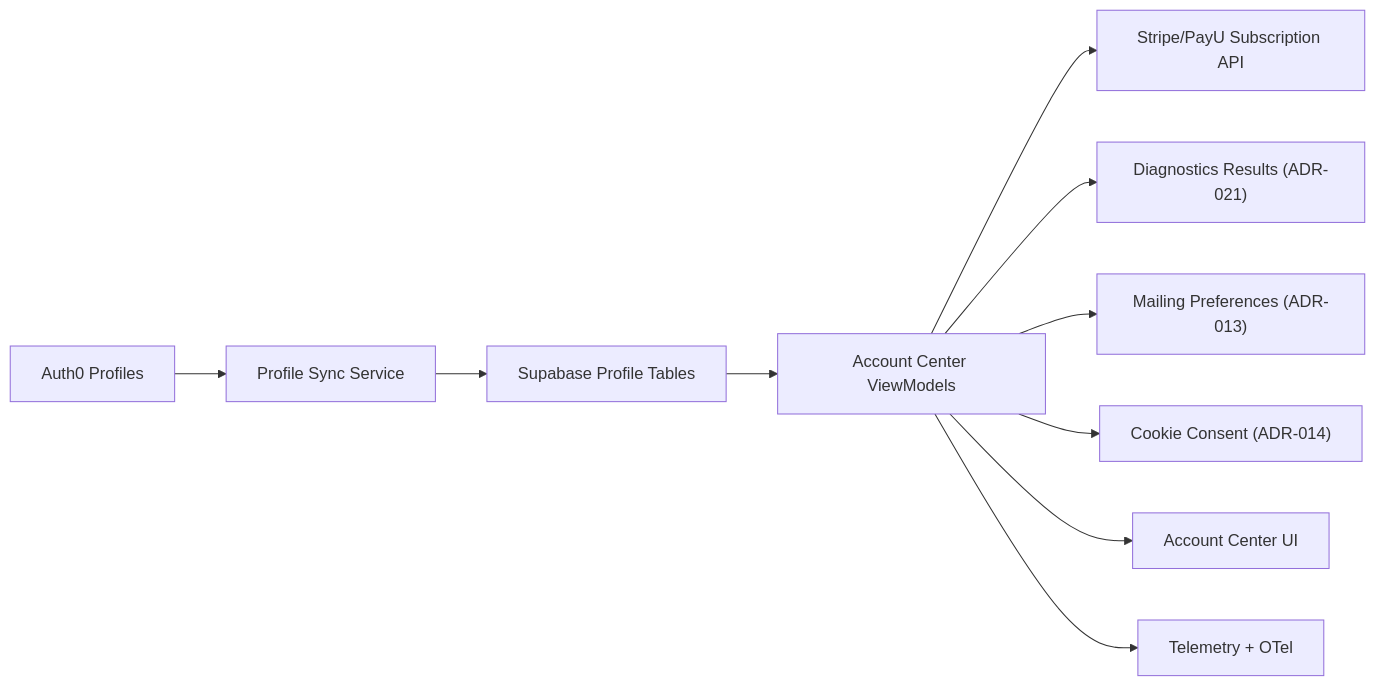
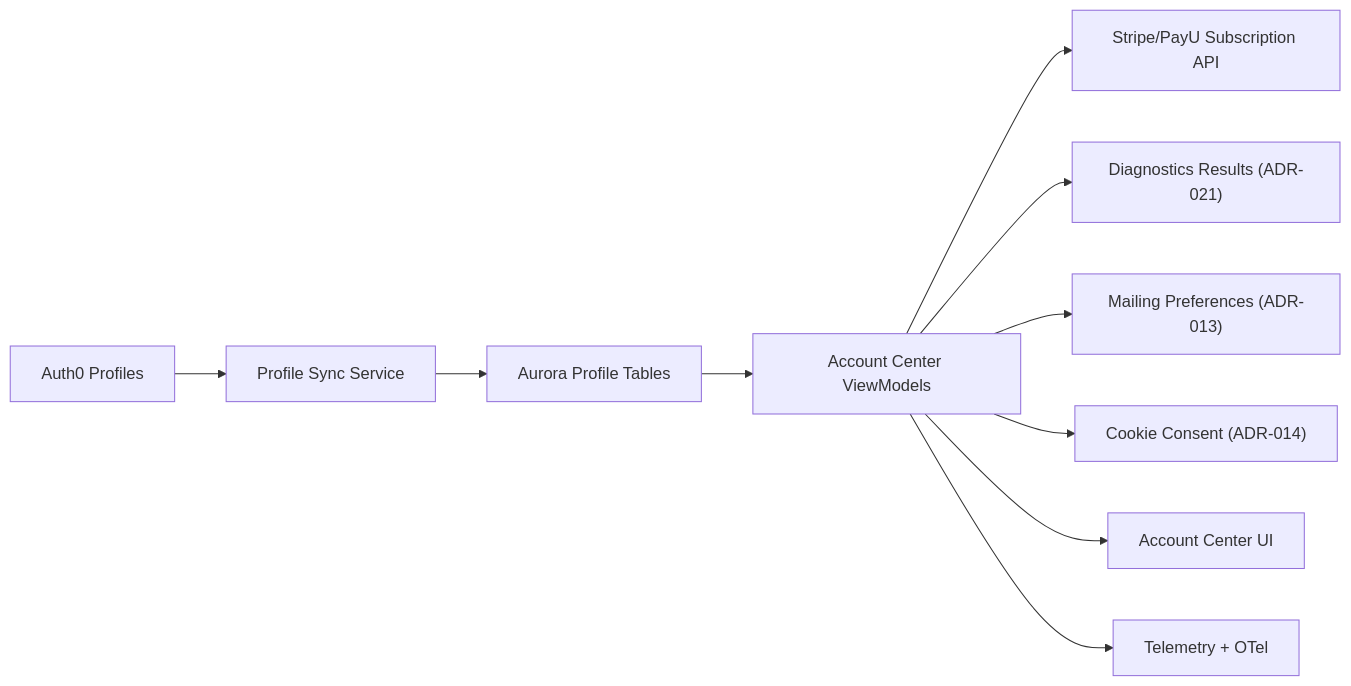
Before and after one commit to marcelkenner/clarivum: the diagram in docs/diagrams/adr-023-account-center/architecture-overview.mmd, drawn with Mermaid. The commit also changed 205 other files, not shown here.

````diff
--- a/docs/diagrams/adr-023-account-center/architecture-overview.mmd
+++ b/docs/diagrams/adr-023-account-center/architecture-overview.mmd
@@ -1,12 +1,12 @@
 ```mermaid
 flowchart LR
     Auth0["Auth0 Profiles"] --> ProfileSync["Profile Sync Service"]
-    ProfileSync --> SupabaseProfiles["Supabase Profile Tables"]
-    SupabaseProfiles --> ProfileViewModels["Account Center ViewModels"]
+    ProfileSync --> AuroraProfiles["Aurora Profile Tables"]
+    AuroraProfiles --> ProfileViewModels["Account Center ViewModels"]
     ProfileViewModels --> Subscriptions["Stripe/PayU Subscription API"]
     ProfileViewModels --> Diagnostics["Diagnostics Results (ADR-021)"]
     ProfileViewModels --> MailPrefs["Mailing Preferences (ADR-013)"]
     ProfileViewModels --> Consent["Cookie Consent (ADR-014)"]
     ProfileViewModels --> UI["Account Center UI"]
     ProfileViewModels --> Telemetry["Telemetry + OTel"]
 ```
````
